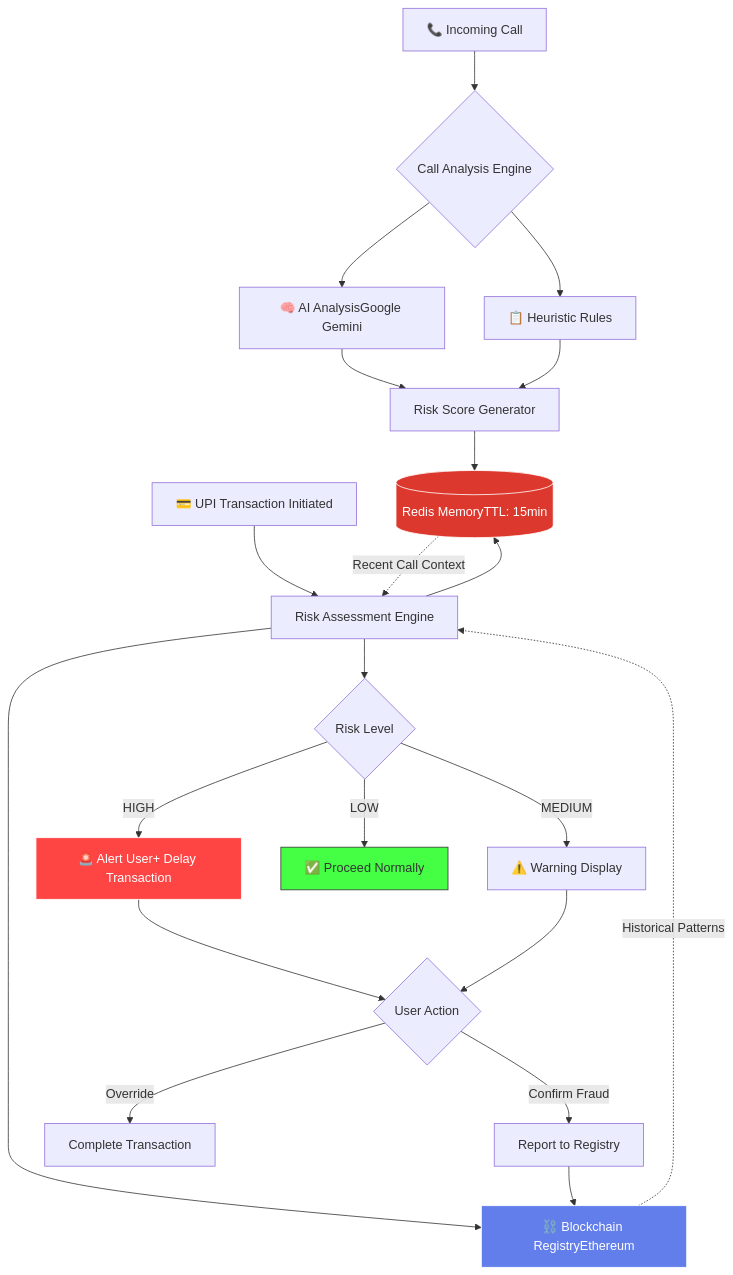
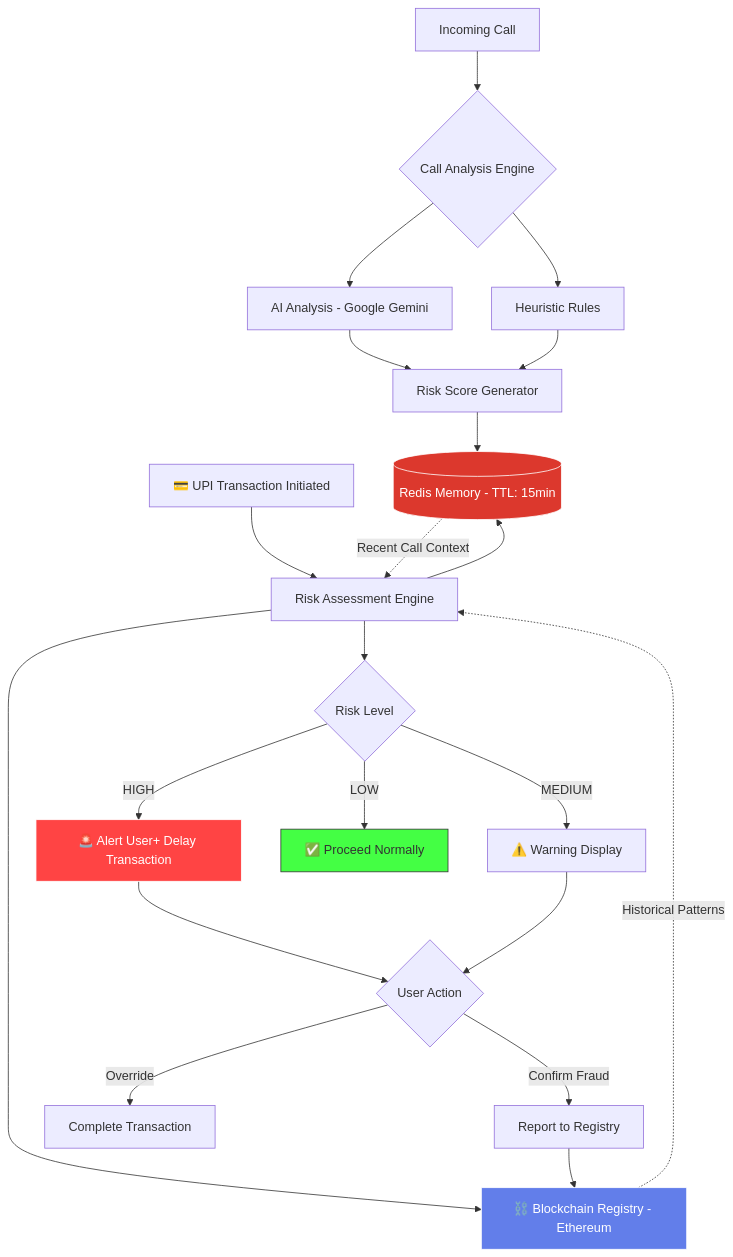
The diagram in README.md (aviralMadhvan24/Suraksha-chain), drawn with Mermaid before and after one commit. The commit also changed other lines of this file, not shown here.

````diff
--- a/README.md
+++ b/README.md
@@ -42,38 +45,38 @@
 ```mermaid
 graph TB
-    A[📞 Incoming Call] --> B{Call Analysis Engine}
-    B --> C[🧠 AI AnalysisGoogle Gemini]
-    B --> D[📋 Heuristic Rules]
+    A[ Incoming Call] --> B{Call Analysis Engine}
+    B --> C[ AI Analysis - Google Gemini]
+    B --> D[ Heuristic Rules]
     
     C --> E[Risk Score Generator]
     D --> E
     
-    E --> F[(Redis MemoryTTL: 15min)]
+    E --> F[(Redis Memory - TTL: 15min)]
     
     G[💳 UPI Transaction Initiated] --> H[Risk Assessment Engine]
     
     H --> F
-    H --> I[⛓️ Blockchain RegistryEthereum]
+    H --> I[⛓️ Blockchain Registry - Ethereum]
     
     F -.->|Recent Call Context| H
     I -.->|Historical Patterns| H
     
     H --> J{Risk Level}
     
     J -->|HIGH| K[🚨 Alert User+ Delay Transaction]
     J -->|MEDIUM| L[⚠️ Warning Display]
     J -->|LOW| M[✅ Proceed Normally]
     
     K --> N{User Action}
     L --> N
     
     N -->|Confirm Fraud| O[Report to Registry]
     N -->|Override| P[Complete Transaction]
     
     O --> I
 
     style F fill:#DC382D,stroke:#fff,color:#fff
     style I fill:#627EEA,stroke:#fff,color:#fff
     style K fill:#ff4444,stroke:#fff,color:#fff
     style M fill:#44ff44,stroke:#333,color:#333
 ```
````
